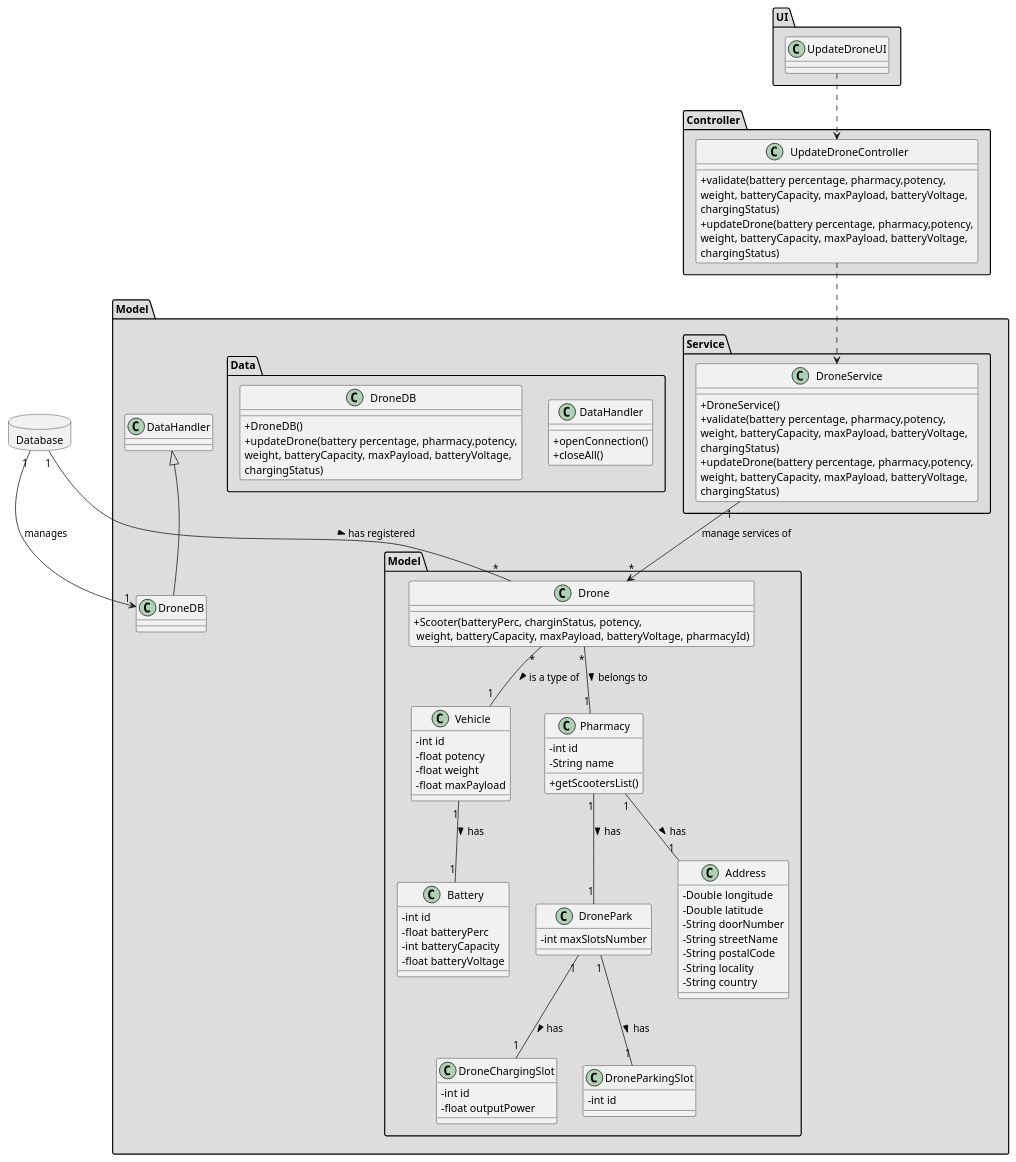
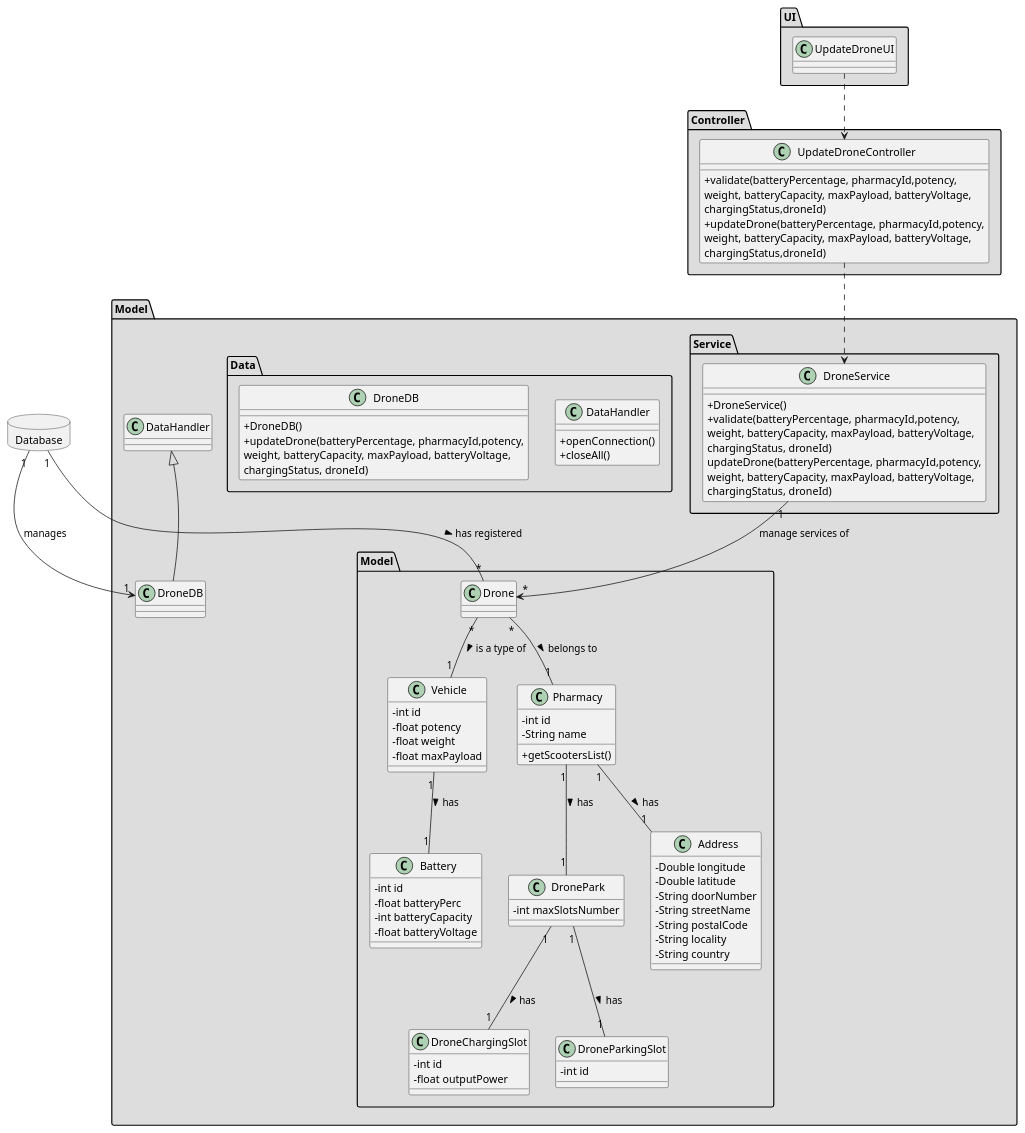
Before and after one commit to tiagoavcosta25/LAPR3: the diagram in docs/Iteration 2/Drone Management/US195_UpdateDrone/US195_CD.puml, drawn with PlantUML. The commit also changed 8 other files, not shown here.

```diff
--- a/docs/Iteration 2/Drone Management/US195_UpdateDrone/US195_CD.puml
+++ b/docs/Iteration 2/Drone Management/US195_UpdateDrone/US195_CD.puml
@@ -1,110 +1,109 @@
 @startuml
 skinparam classAttributeIconSize 0
 
 database Database {
 }
 
 package "UI" #DDDDDD {
 class UpdateDroneUI{
 }
 }
 
 package "Controller" #DDDDDD {
 class UpdateDroneController{
-+validate(battery percentage, pharmacy,potency,\nweight, batteryCapacity, maxPayload, batteryVoltage, \nchargingStatus)
-+updateDrone(battery percentage, pharmacy,potency,\nweight, batteryCapacity, maxPayload, batteryVoltage, \nchargingStatus)
++validate(batteryPercentage, pharmacyId,potency,\nweight, batteryCapacity, maxPayload, batteryVoltage, \nchargingStatus,droneId)
++updateDrone(batteryPercentage, pharmacyId,potency,\nweight, batteryCapacity, maxPayload, batteryVoltage, \nchargingStatus,droneId)
 }
 }
 
 
 package "Model" #DDDDDD {
  package "Service" #DDDDDD {
 
   class DroneService{
       +DroneService()
-+validate(battery percentage, pharmacy,potency,\nweight, batteryCapacity, maxPayload, batteryVoltage, \nchargingStatus)
-+updateDrone(battery percentage, pharmacy,potency,\nweight, batteryCapacity, maxPayload, batteryVoltage, \nchargingStatus)
++validate(batteryPercentage, pharmacyId,potency,\nweight, batteryCapacity, maxPayload, batteryVoltage, \nchargingStatus, droneId)
+updateDrone(batteryPercentage, pharmacyId,potency,\nweight, batteryCapacity, maxPayload, batteryVoltage, \nchargingStatus, droneId)
    }
 }
 
 package "Model" #DDDDDD {
 class DronePark{
 -   int maxSlotsNumber
 }
 
 class DroneChargingSlot{
 -   int id
 -   float outputPower
 }
 
 class DroneParkingSlot{
 -   int id
 }
 
 class Drone{
-+Scooter(batteryPerc, charginStatus, potency,\n weight, batteryCapacity, maxPayload, batteryVoltage, pharmacyId)
 
 }
 
 class Vehicle{
   -int id
   -float potency
   -float weight
   -float maxPayload
 }
 
 class Battery{
   -int id
   -float batteryPerc
   -int batteryCapacity
   -float batteryVoltage
 }
 
 class Address{
   -Double longitude
   -Double latitude
   -String doorNumber
   -String streetName
   -String postalCode
   -String locality
   -String country
 }
 
 class Pharmacy {
   -int id
   -String name
   +getScootersList()
 }
 }
 
 
 package "Data" #DDDDDD {
 class DataHandler{
     +openConnection()
     +closeAll()
 }
 
  class DroneDB{
      +DroneDB()
-+updateDrone(battery percentage, pharmacy,potency,\nweight, batteryCapacity, maxPayload, batteryVoltage, \nchargingStatus)
++updateDrone(batteryPercentage, pharmacyId,potency,\nweight, batteryCapacity, maxPayload, batteryVoltage, \nchargingStatus, droneId)
   }
 }
 
 class DroneDB extends DataHandler
 
 UpdateDroneUI ..> UpdateDroneController
 UpdateDroneController ..> DroneService
 Database "1" --> "1" DroneDB : manages
 DroneService "1" --> "*" Drone : manage services of
 
 Database "1" -- "*" Drone : has registered >
 
 Vehicle "1" -- "1" Battery : has >
 Drone "*" -- "1" Vehicle : is a type of >
 Drone "*" -- "1" Pharmacy : belongs to >
 Pharmacy "1" -- "1" Address : has >
 Pharmacy "1" -- "1" DronePark : has >
 DronePark "1" -- "1" DroneChargingSlot : has >
 DronePark "1" -- "1" DroneParkingSlot : has >
 
 @enduml
```
